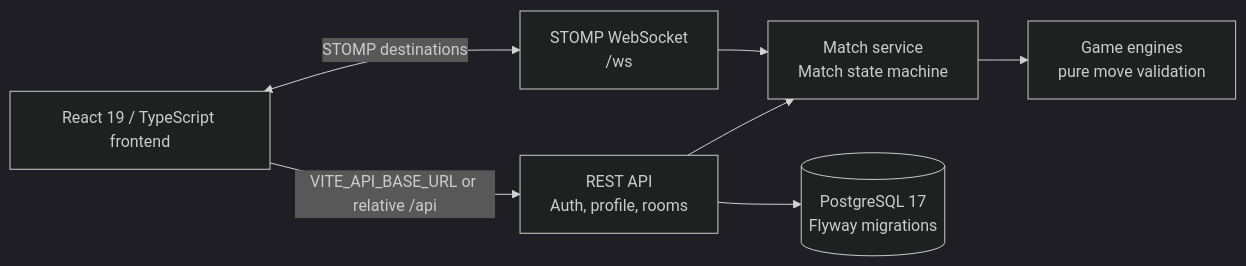
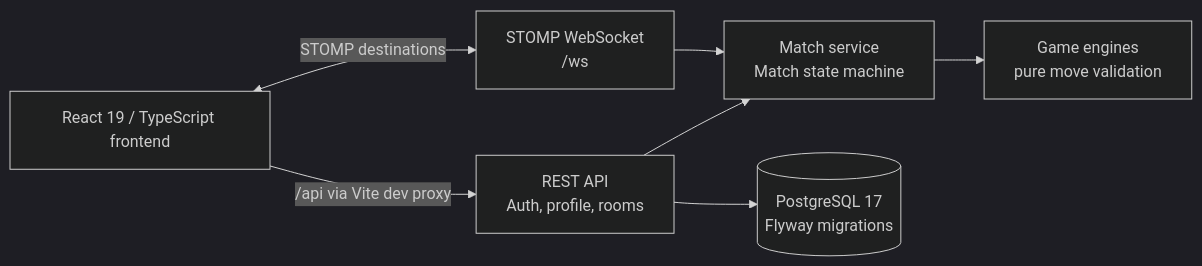
The first of 2 diagrams in docs/architecture.md (GBO-Inc/arcade), drawn with Mermaid (dark theme) before and after one commit. The commit also changed 5 other files, not shown here.

Commit message:
SCRUM-83 Proxy /api and /ws through the Vite dev server

````diff
--- a/docs/architecture.md
+++ b/docs/architecture.md
@@ -7,16 +7,16 @@
 ```mermaid
 flowchart LR
   Frontend["React 19 / TypeScript frontend"]
   Rest["REST API<br/>Auth, profile, rooms"]
   WebSocket["STOMP WebSocket<br/>/ws"]
   Match["Match service<br/>Match state machine"]
   Engines["Game engines<br/>pure move validation"]
   Database[("PostgreSQL 17<br/>Flyway migrations")]
 
-  Frontend -->|VITE_API_BASE_URL or relative /api| Rest
+  Frontend -->|/api via Vite dev proxy| Rest
   Frontend <-->|STOMP destinations| WebSocket
   Rest --> Match
   Rest --> Database
   WebSocket --> Match
   Match --> Engines
 ```
````
